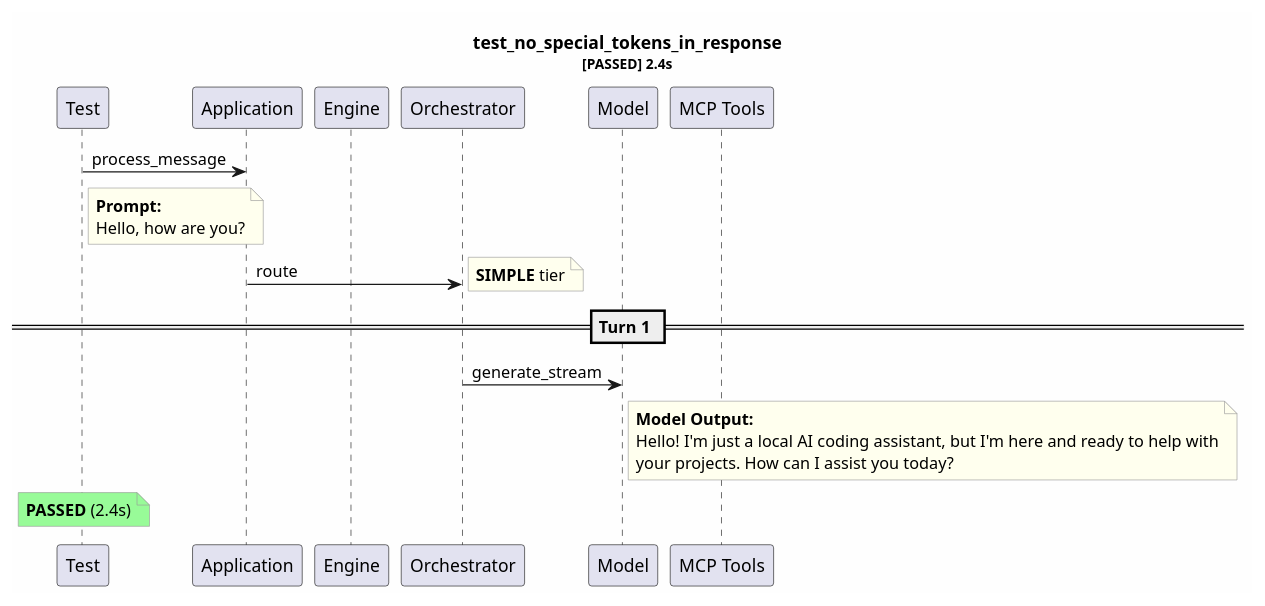
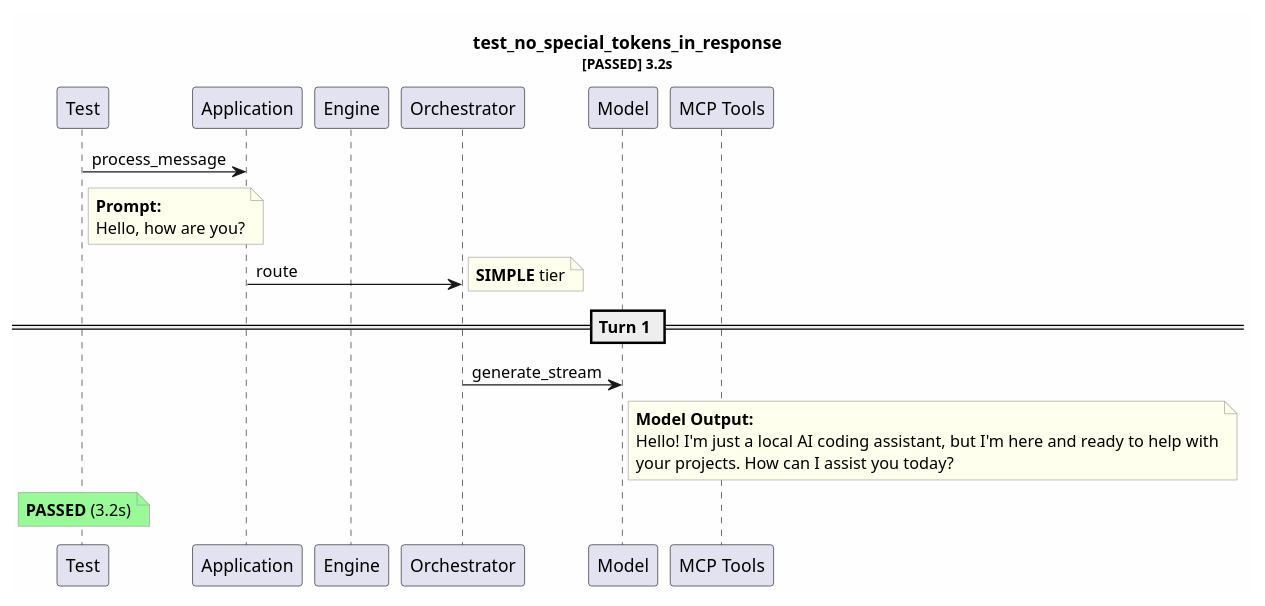
One commit to tvanfossen/entropic changed the diagram in test-reports/test_no_special_tokens_in_response.puml. Above: the diagram before and after it, drawn with PlantUML. The commit also changed 49 other files, not shown here.

```diff
--- a/test-reports/test_no_special_tokens_in_response.puml
+++ b/test-reports/test_no_special_tokens_in_response.puml
@@ -1,32 +1,32 @@
 @startuml
 skinparam backgroundColor #FEFEFE
 skinparam noteBorderColor #999999
 skinparam noteBackgroundColor #FFFFEE
-title test_no_special_tokens_in_response\n<size:11>[PASSED] 2.4s</size>
+title test_no_special_tokens_in_response\n<size:11>[PASSED] 3.2s</size>
 
 participant "Test" as T
 participant "Application" as App
 participant "Engine" as Eng
 participant "Orchestrator" as Orch
 participant "Model" as Mdl
 participant "MCP Tools" as MCP
 
 T -> App: process_message
 note right of T
   **Prompt:**
   Hello, how are you?
 end note
 App -> Orch: route
 note right: **SIMPLE** tier
 == Turn 1 ==
 Orch -> Mdl: generate_stream
 note right of Mdl
   **Model Output:**
   Hello! I'm just a local AI coding assistant, but I'm here and ready to help with
   your projects. How can I assist you today?
 end note
 note over T #palegreen
-  **PASSED** (2.4s)
+  **PASSED** (3.2s)
 end note
 
 @enduml
```
